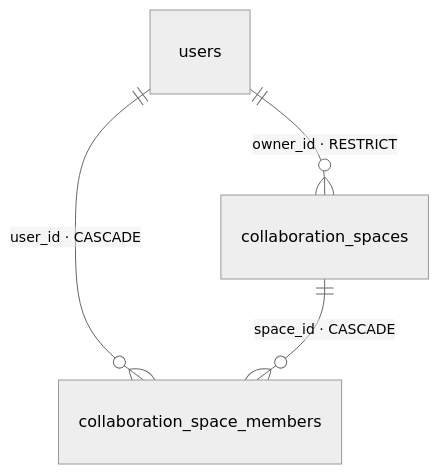
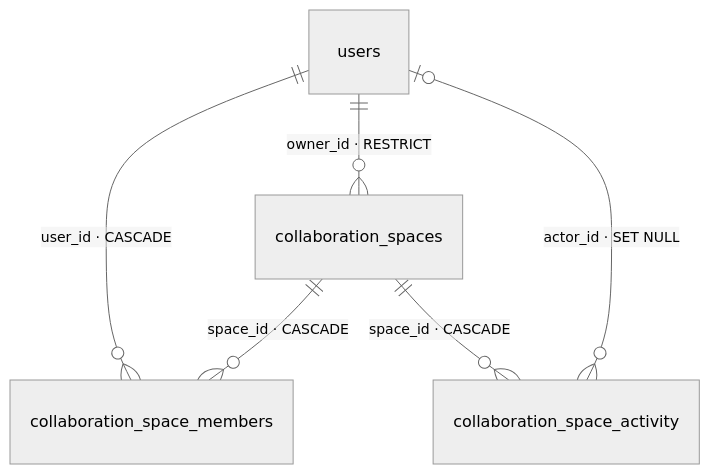
Diagram 23 of 24 in docs/database-relationships.md (weiAX95/admin), drawn with Mermaid (neutral theme) before and after one commit. The commit also changed other lines of this file and 7 other files, not shown here.

Commit message:
feat: record collaboration space activity

````diff
--- a/docs/database-relationships.md
+++ b/docs/database-relationships.md
@@ -793,6 +793,8 @@
 ```mermaid
 erDiagram
   users ||--o{ collaboration_spaces : "owner_id · RESTRICT"
   users ||--o{ collaboration_space_members : "user_id · CASCADE"
   collaboration_spaces ||--o{ collaboration_space_members : "space_id · CASCADE"
+  collaboration_spaces ||--o{ collaboration_space_activity : "space_id · CASCADE"
+  users |o--o{ collaboration_space_activity : "actor_id · SET NULL"
 ```
````
